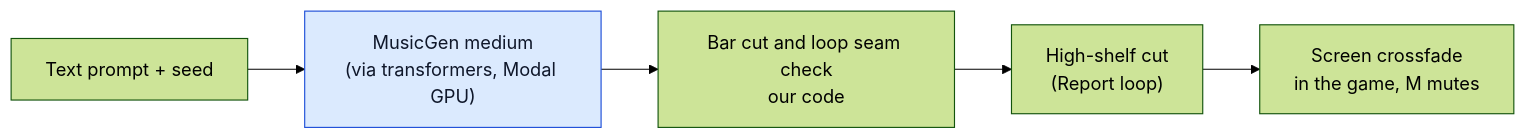
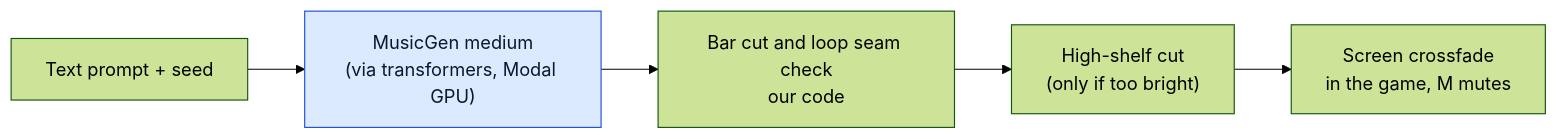
The seventh of 8 diagrams in docs/meta-ai-pipelines.md (gitgithan/conquercourse), drawn with Mermaid (forest theme) before and after one commit. The commit also changed other lines of this file and 11 other files, not shown here.

````diff
--- a/docs/meta-ai-pipelines.md
+++ b/docs/meta-ai-pipelines.md
@@ -184,9 +184,9 @@
 ```mermaid
 flowchart LR
   PR["Text prompt + seed"] --> MG["MusicGen medium<br/>(via transformers, Modal GPU)"]
   MG --> CUT["Bar cut and loop seam check<br/>our code"]
-  CUT --> HS["High-shelf cut<br/>(Report loop)"]
+  CUT --> HS["High-shelf cut<br/>(only if too bright)"]
   HS --> XF["Screen crossfade<br/>in the game, M mutes"]
   classDef meta fill:#dbeafe,stroke:#1d4ed8,color:#0f172a;
   class MG meta;
 ```
````
